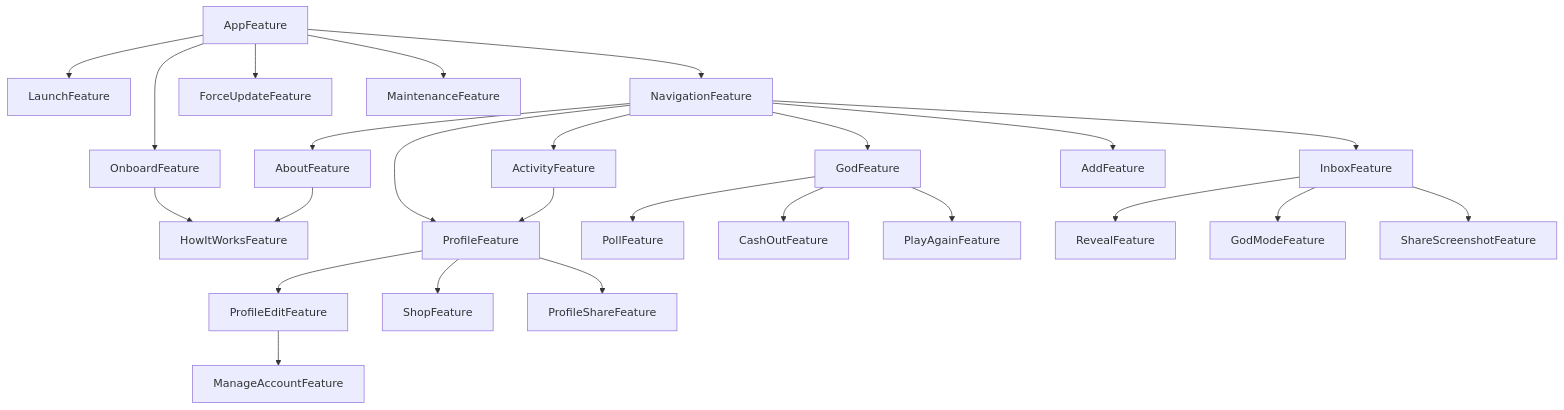
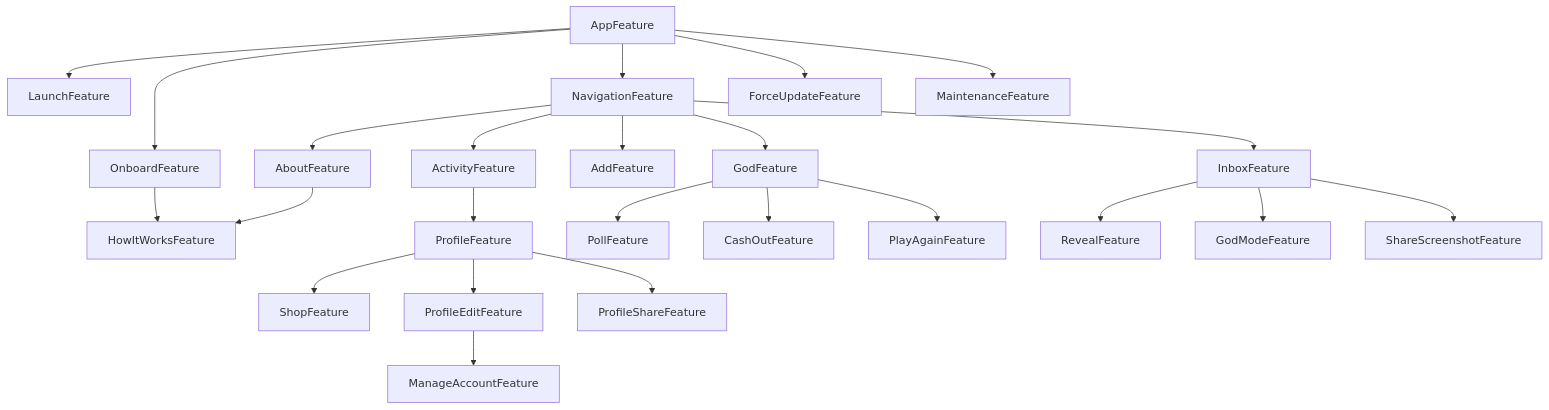
Before and after one commit to 0x1-company/god-ios: the diagram in Packages/GodPackage/README.md, drawn with Mermaid. The commit also changed 1 other file, not shown here.

Commit message:
chore: 🤖 dgraph

````diff
--- a/Packages/GodPackage/README.md
+++ b/Packages/GodPackage/README.md
@@ -6,27 +6,26 @@
 ```mermaid
 graph TD;
     AboutFeature-->HowItWorksFeature;
     ActivityFeature-->ProfileFeature;
     AppFeature-->LaunchFeature;
     AppFeature-->OnboardFeature;
     AppFeature-->NavigationFeature;
     AppFeature-->ForceUpdateFeature;
     AppFeature-->MaintenanceFeature;
     GodFeature-->PollFeature;
     GodFeature-->CashOutFeature;
     GodFeature-->PlayAgainFeature;
     InboxFeature-->RevealFeature;
     InboxFeature-->GodModeFeature;
     InboxFeature-->ShareScreenshotFeature;
     NavigationFeature-->AboutFeature;
     NavigationFeature-->ActivityFeature;
     NavigationFeature-->AddFeature;
     NavigationFeature-->GodFeature;
     NavigationFeature-->InboxFeature;
-    NavigationFeature-->ProfileFeature;
     OnboardFeature-->HowItWorksFeature;
     ProfileEditFeature-->ManageAccountFeature;
     ProfileFeature-->ShopFeature;
     ProfileFeature-->ProfileEditFeature;
     ProfileFeature-->ProfileShareFeature;
 ```
````
